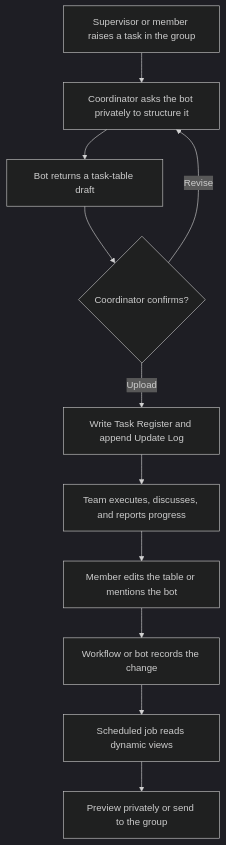
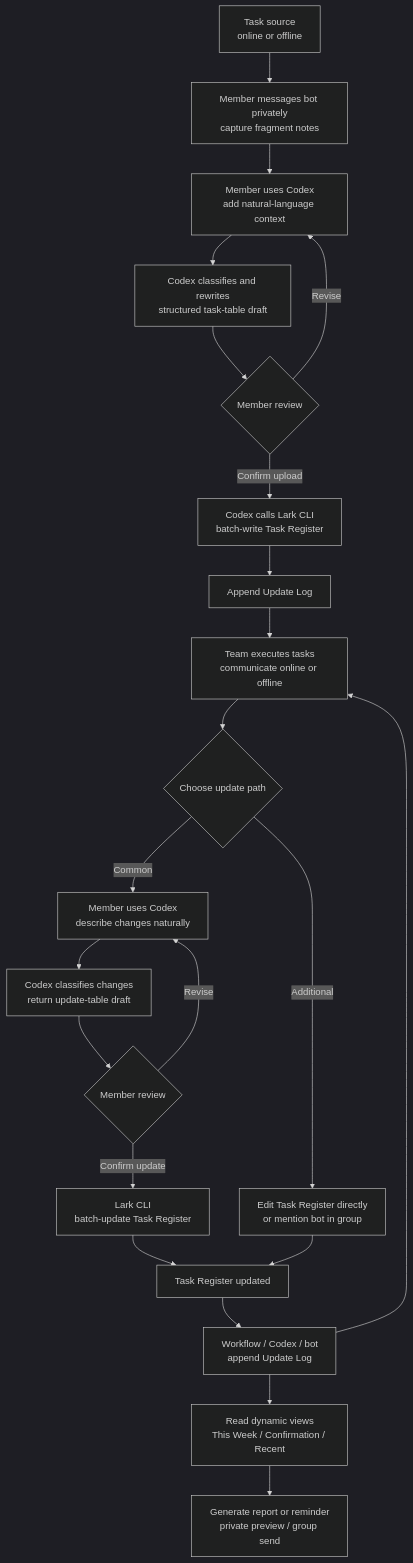
Before and after one commit to yingsongbei/lark-lab-task-group: the diagram in README_EN.md, drawn with Mermaid (dark theme). The commit also changed other lines of this file and 6 other files, not shown here.

Commit message:
Revise member-led Codex workflow

````diff
--- a/README_EN.md
+++ b/README_EN.md
@@ -110,13 +111,33 @@
 ```mermaid
-flowchart TD
-    A["Supervisor or member raises a task in the group"] --> B["Coordinator asks the bot privately to structure it"]
-    B --> C["Bot returns a task-table draft"]
-    C --> D{"Coordinator confirms?"}
-    D -->|Revise| B
-    D -->|Upload| E["Write Task Register and append Update Log"]
-    E --> F["Team executes, discusses, and reports progress"]
-    F --> G["Member edits the table or mentions the bot"]
-    G --> H["Workflow or bot records the change"]
-    H --> I["Scheduled job reads dynamic views"]
-    I --> J["Preview privately or send to the group"]
+flowchart TB
+    A["Task source<br/>online or offline"]
+    A --> B["Member messages bot privately<br/>capture fragment notes"]
+    B --> C["Member uses Codex<br/>add natural-language context"]
+    C --> D["Codex classifies and rewrites<br/>structured task-table draft"]
+
+    D --> E{"Member review"}
+    E -->|Revise| C
+    E -->|Confirm upload| F["Codex calls Lark CLI<br/>batch-write Task Register"]
+
+    F --> G["Append Update Log"]
+    G --> H["Team executes tasks<br/>communicate online or offline"]
+
+    H --> I{"Choose update path"}
+
+    I -->|Common| J["Member uses Codex<br/>describe changes naturally"]
+    I -->|Additional| K["Edit Task Register directly<br/>or mention bot in group"]
+
+    J --> L["Codex classifies changes<br/>return update-table draft"]
+    L --> M{"Member review"}
+    M -->|Revise| J
+    M -->|Confirm update| N["Lark CLI<br/>batch-update Task Register"]
+
+    N --> O["Task Register updated"]
+    K --> O
+
+    O --> P["Workflow / Codex / bot<br/>append Update Log"]
+    P --> H
+
+    P --> Q["Read dynamic views<br/>This Week / Confirmation / Recent"]
+    Q --> R["Generate report or reminder<br/>private preview / group send"]
 ```
````
